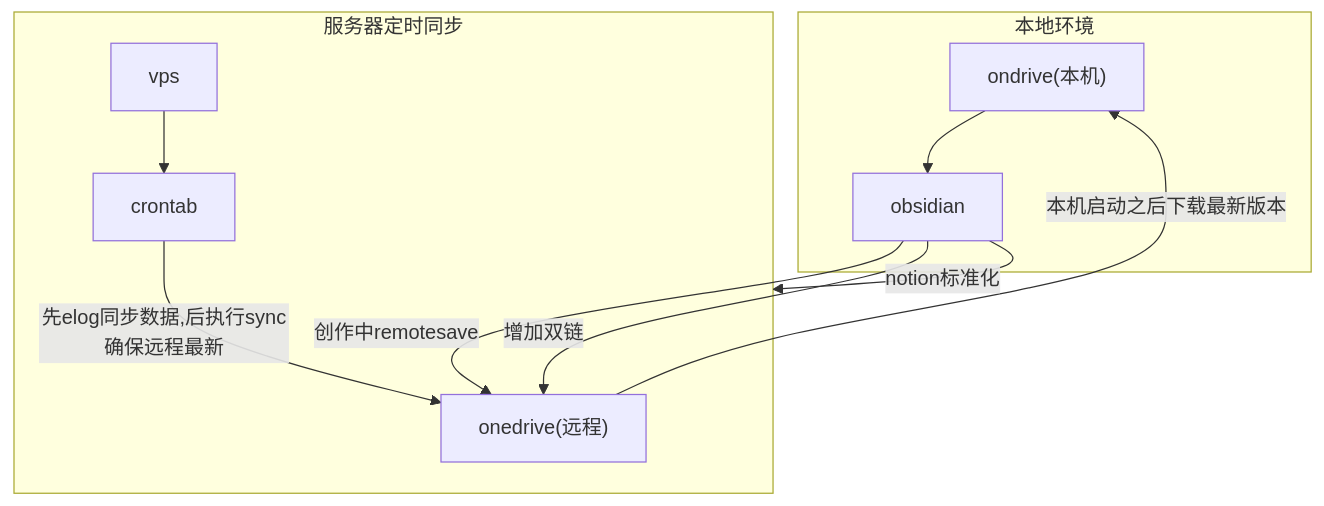
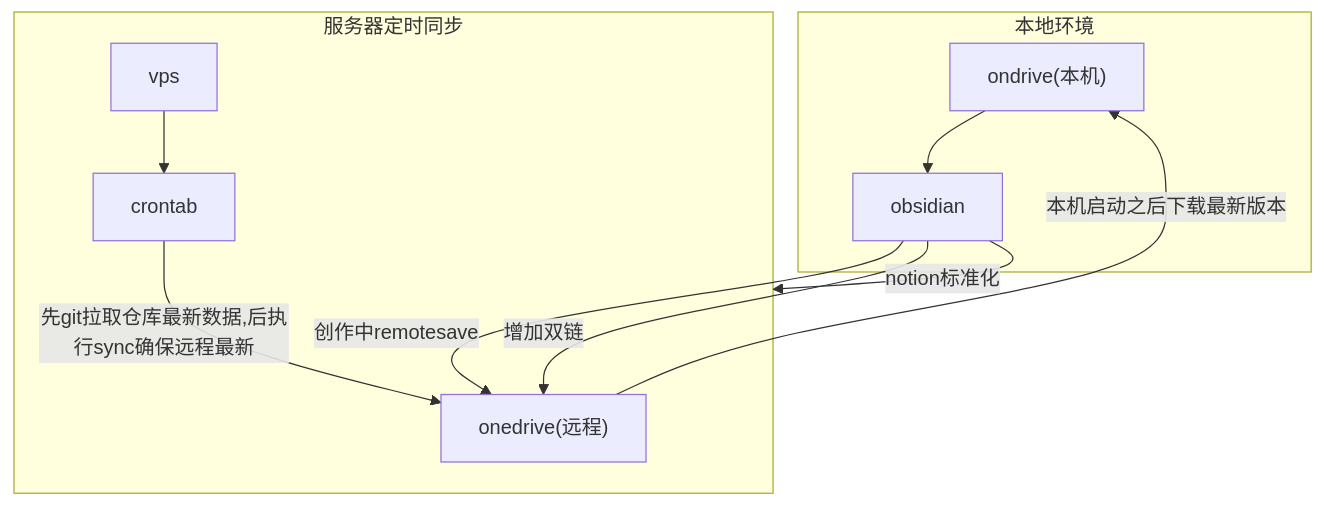
One commit to happyzhangyyds/elog changed the third of 4 diagrams in content/posts/推荐/[数据中心] 测试crontab同步elog+Onedrive.md. Above: the diagram before and after it, drawn with Mermaid. The commit also changed other lines of this file and 5 other files, not shown here.

````diff
--- a/content/posts/推荐/[数据中心] 测试crontab同步elog+Onedrive.md
+++ b/content/posts/推荐/[数据中心] 测试crontab同步elog+Onedrive.md
@@ -121,17 +183,17 @@
 ```mermaid
 graph TB
 id0["ondrive(本机)"];
 id1["onedrive(远程)"]
 subgraph 本地环境
 obsidian & id0;
 end;
 obsidian -- 创作中remotesave --> id1;
 obsidian -- notion标准化 --> 服务器定时同步;
 subgraph 服务器定时同步
 vps & crontab & id1["onedrive(远程)"];
 end;
-vps --> crontab -- 先elog同步数据,后执行sync确保远程最新 --> id1;
+vps --> crontab -- 先git拉取仓库最新数据,后执行sync确保远程最新 --> id1;
 id1 -- 本机启动之后下载最新版本 --> id0;
 id0 --> obsidian -- 增加双链 --> id1;
 
 ```
````
